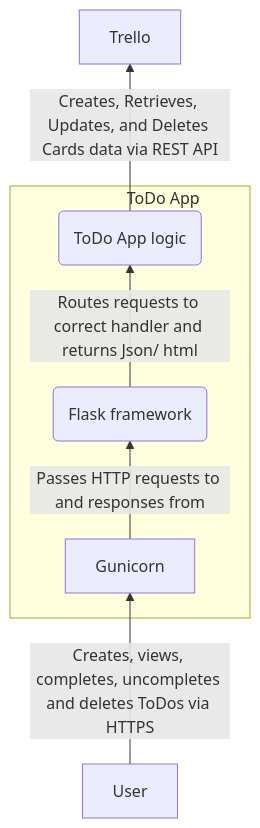
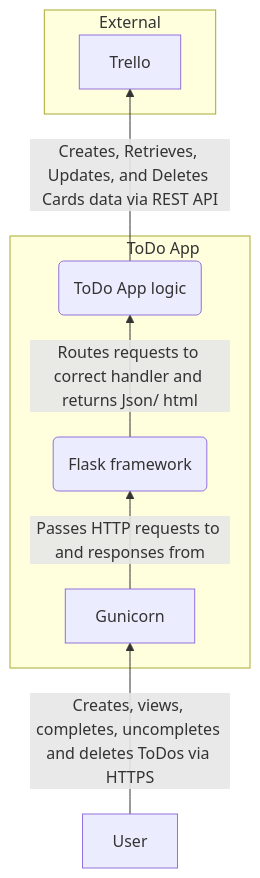
Before and after one commit to Travis-Softwire/DevOps-Course-Starter: the diagram in architecture/container.mmd, drawn with Mermaid. The commit also changed 2 other files, not shown here.

```diff
--- a/architecture/container.mmd
+++ b/architecture/container.mmd
@@ -1,10 +1,13 @@
 flowchart BT
     User -->|Creates, views, completes, uncompletes and deletes ToDos via HTTPS| Gunicorn
     Gunicorn -->|Passes HTTP requests to and responses from| Flask(Flask framework)
     Flask -->|Routes requests to correct handler and returns Json/ html| ToDoApp(ToDo App logic)
     ToDoApp -->|Creates, Retrieves, Updates, and Deletes Cards data via REST API| Trello
     subgraph App [&nbsp&nbsp&nbsp&nbsp&nbsp&nbsp&nbsp&nbsp&nbsp&nbsp&nbsp&nbsp&nbsp&nbsp&nbsp&nbspToDo App]
         Gunicorn
         Flask
         ToDoApp
     end
+    subgraph External
+        Trello
+    end
```
